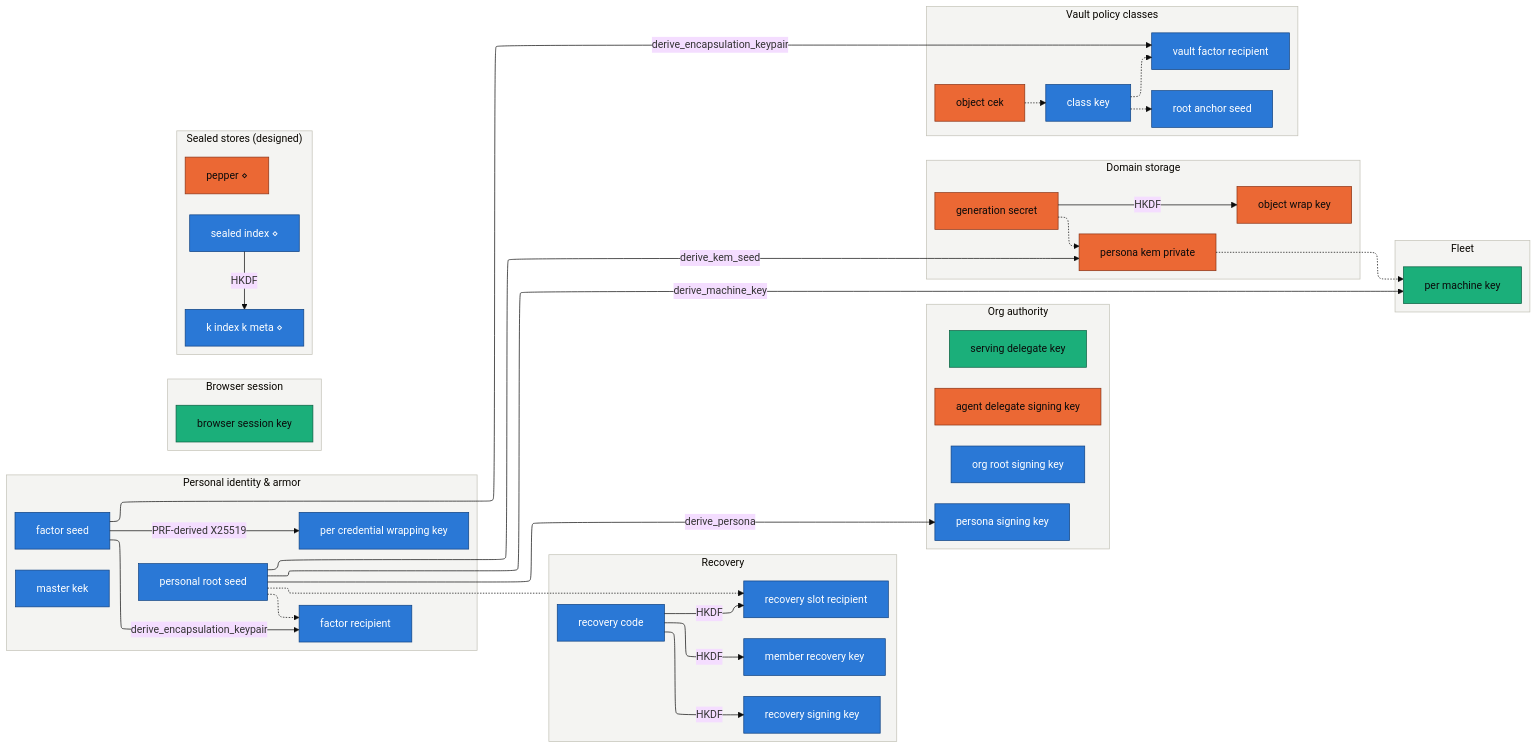
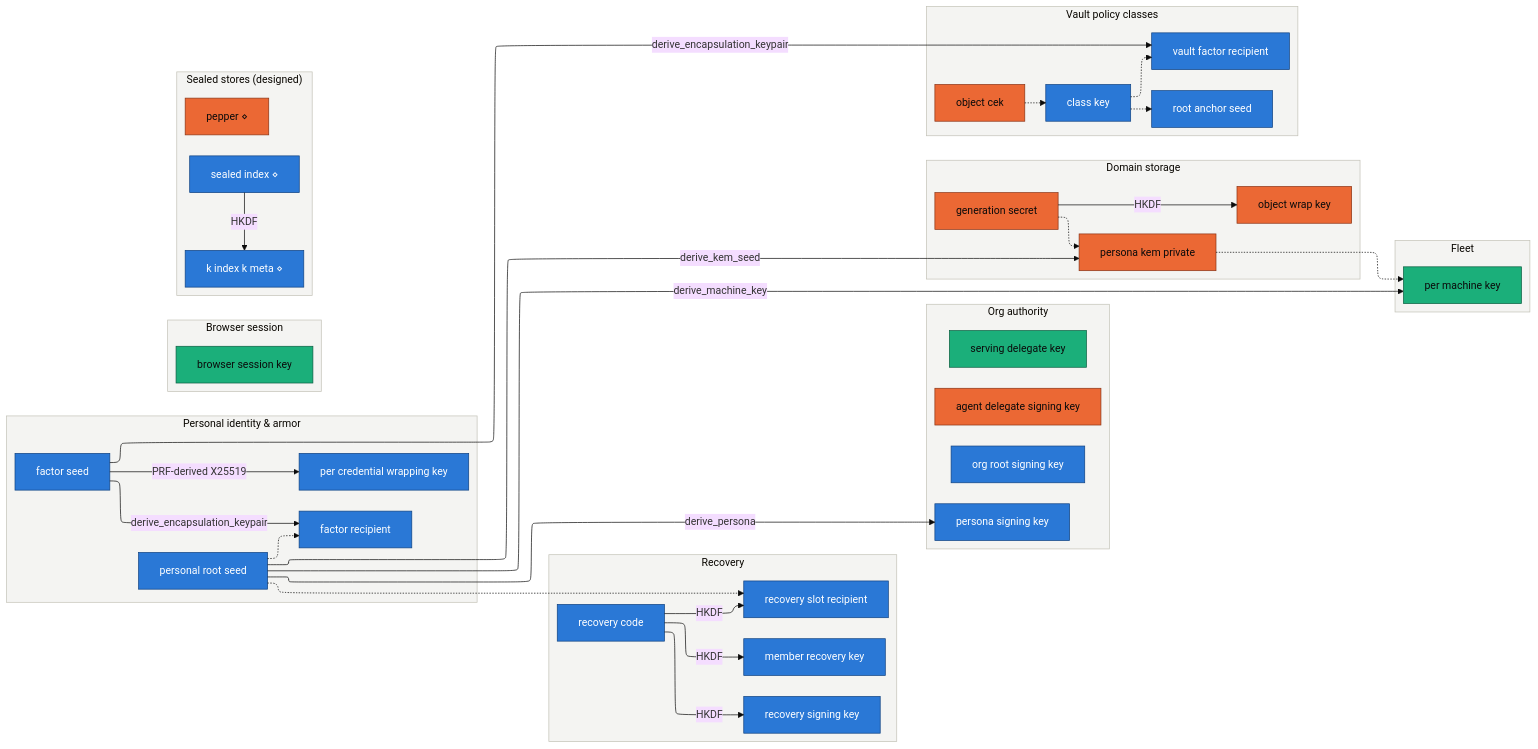
The diagram in tools/network/keyreg/generated/key-graph.mmd (auto-network/autonomy), drawn with Mermaid before and after one commit. The commit also changed 5 other files, not shown here.

```diff
--- a/tools/network/keyreg/generated/key-graph.mmd
+++ b/tools/network/keyreg/generated/key-graph.mmd
@@ -1,79 +1,78 @@
 %%{init: {"theme": "base", "flowchart": {"defaultRenderer": "elk", "nodeSpacing": 26, "rankSpacing": 42, "curve": "basis", "useMaxWidth": false}, "themeVariables": {"fontSize": "15px", "clusterBkg": "#f4f4f2", "clusterBorder": "#c3c2b7"}}}%%
 graph LR
     %% Generated from registry.yaml by gen.py — do not edit by hand.
     %% Clusters are the registry's group field (one subsystem each).
     %% Solid arrows: derivation (parent to child). Dashed arrows: the
     %% key's material is sealed to the recipient key. Node color is
     %% custody class: blue cold, orange memory, green disk. A diamond
     %% marks a design-only key. Prose seals remain in the register.
     classDef cold fill:#2a78d6,color:#ffffff,stroke:#104281,stroke-width:1px
     classDef memory fill:#eb6834,color:#0b0b0b,stroke:#8a3315,stroke-width:1px
     classDef disk fill:#1baf7a,color:#0b0b0b,stroke:#0b5e41,stroke-width:1px
     classDef public fill:#eda100,color:#0b0b0b,stroke:#7a5300,stroke-width:1px
     subgraph identity_armor["Personal identity & armor"]
         direction TB
         factor_recipient["factor recipient"]:::cold
         factor_seed["factor seed"]:::cold
-        master_kek["master kek"]:::cold
         per_credential_wrapping_key["per credential wrapping key"]:::cold
         personal_root_seed["personal root seed"]:::cold
     end
     subgraph browser["Browser session"]
         direction TB
         browser_session_key["browser session key"]:::disk
     end
     subgraph recovery["Recovery"]
         direction TB
         member_recovery_key["member recovery key"]:::cold
         recovery_code["recovery code"]:::cold
         recovery_signing_key["recovery signing key"]:::cold
         recovery_slot_recipient["recovery slot recipient"]:::cold
     end
     subgraph org_authority["Org authority"]
         direction TB
         agent_delegate_signing_key["agent delegate signing key"]:::memory
         org_root_signing_key["org root signing key"]:::cold
         persona_signing_key["persona signing key"]:::cold
         serving_delegate_key["serving delegate key"]:::disk
     end
     subgraph domain_storage["Domain storage"]
         direction TB
         generation_secret["generation secret"]:::memory
         object_wrap_key["object wrap key"]:::memory
         persona_kem_private["persona kem private"]:::memory
     end
     subgraph vault_classes["Vault policy classes"]
         direction TB
         class_key["class key"]:::cold
         object_cek["object cek"]:::memory
         root_anchor_seed["root anchor seed"]:::cold
         vault_factor_recipient["vault factor recipient"]:::cold
     end
     subgraph sealed_stores["Sealed stores (designed)"]
         direction TB
         k_index_k_meta["k index k meta ⋄"]:::cold
         pepper["pepper ⋄"]:::memory
         sealed_index["sealed index ⋄"]:::cold
     end
     subgraph fleet["Fleet"]
         direction TB
         per_machine_key["per machine key"]:::disk
     end
     factor_seed -->|derive_encapsulation_keypair| factor_recipient
     sealed_index -->|HKDF| k_index_k_meta
     recovery_code -->|HKDF| member_recovery_key
     generation_secret -->|HKDF| object_wrap_key
     factor_seed -->|PRF-derived X25519| per_credential_wrapping_key
     personal_root_seed -->|derive_machine_key| per_machine_key
     personal_root_seed -->|derive_kem_seed| persona_kem_private
     personal_root_seed -->|derive_persona| persona_signing_key
     recovery_code -->|HKDF| recovery_signing_key
     recovery_code -->|HKDF| recovery_slot_recipient
     factor_seed -->|derive_encapsulation_keypair| vault_factor_recipient
     class_key -.-> vault_factor_recipient
     class_key -.-> root_anchor_seed
     generation_secret -.-> persona_kem_private
     object_cek -.-> class_key
     persona_kem_private -.-> per_machine_key
     personal_root_seed -.-> factor_recipient
     personal_root_seed -.-> recovery_slot_recipient
```
